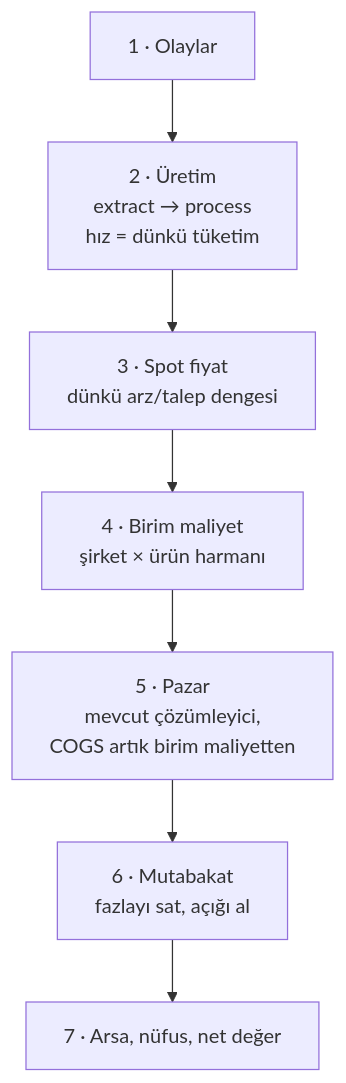
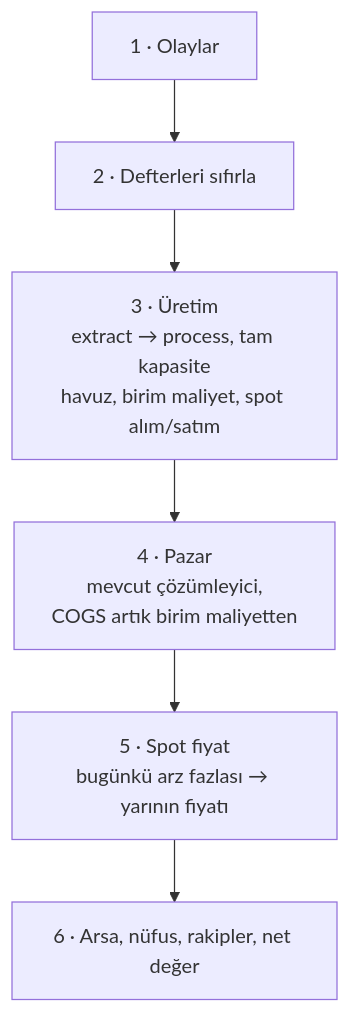
The second of 2 diagrams in docs/ZINCIR-TASARIMI.md (catikur/qwen_game1), drawn with Mermaid before and after one commit. The commit also changed other lines of this file and 23 other files, not shown here.

````diff
--- a/docs/ZINCIR-TASARIMI.md
+++ b/docs/ZINCIR-TASARIMI.md
@@ -173,9 +199,8 @@
 ```mermaid
 flowchart TD
-  E["1 · Olaylar"] --> P["2 · Üretim<br/>extract → process<br/>hız = dünkü tüketim"]
-  P --> S["3 · Spot fiyat<br/>dünkü arz/talep dengesi"]
-  S --> C["4 · Birim maliyet<br/>şirket × ürün harmanı"]
-  C --> M["5 · Pazar<br/>mevcut çözümleyici,<br/>COGS artık birim maliyetten"]
-  M --> R["6 · Mutabakat<br/>fazlayı sat, açığı al"]
-  R --> L["7 · Arsa, nüfus, net değer"]
+  E["1 · Olaylar"] --> R["2 · Defterleri sıfırla"]
+  R --> P["3 · Üretim<br/>extract → process, tam kapasite<br/>havuz, birim maliyet, spot alım/satım"]
+  P --> M["4 · Pazar<br/>mevcut çözümleyici,<br/>COGS artık birim maliyetten"]
+  M --> S["5 · Spot fiyat<br/>bugünkü arz fazlası → yarının fiyatı"]
+  S --> L["6 · Arsa, nüfus, rakipler, net değer"]
 ```
````
